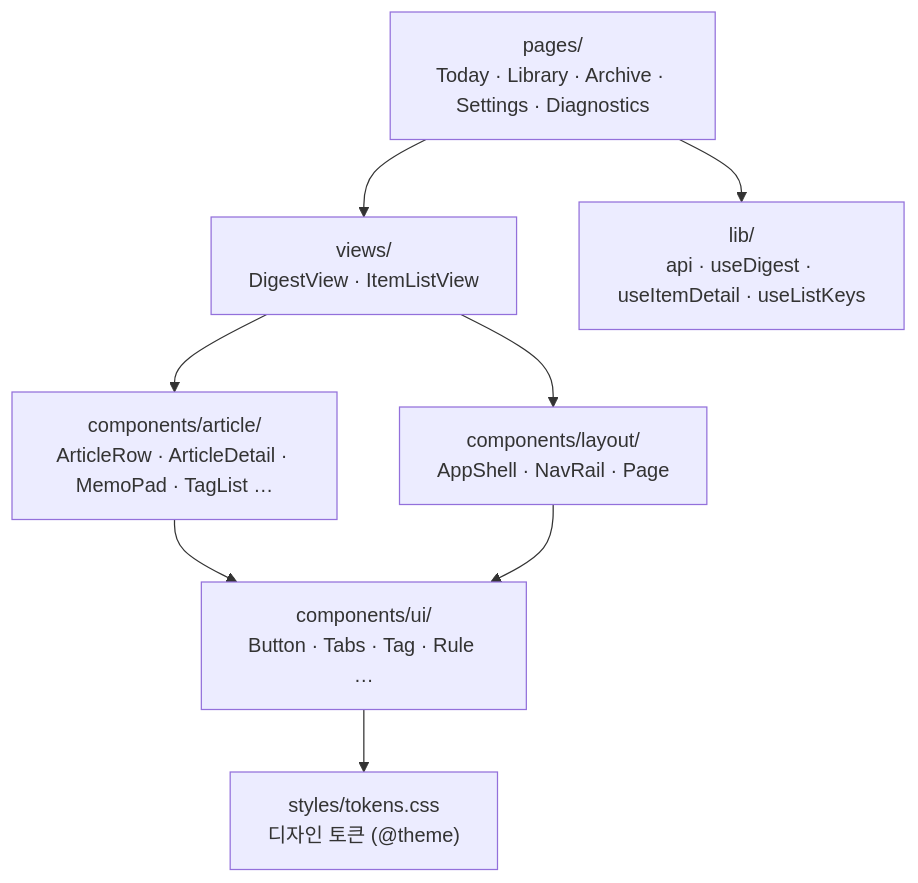
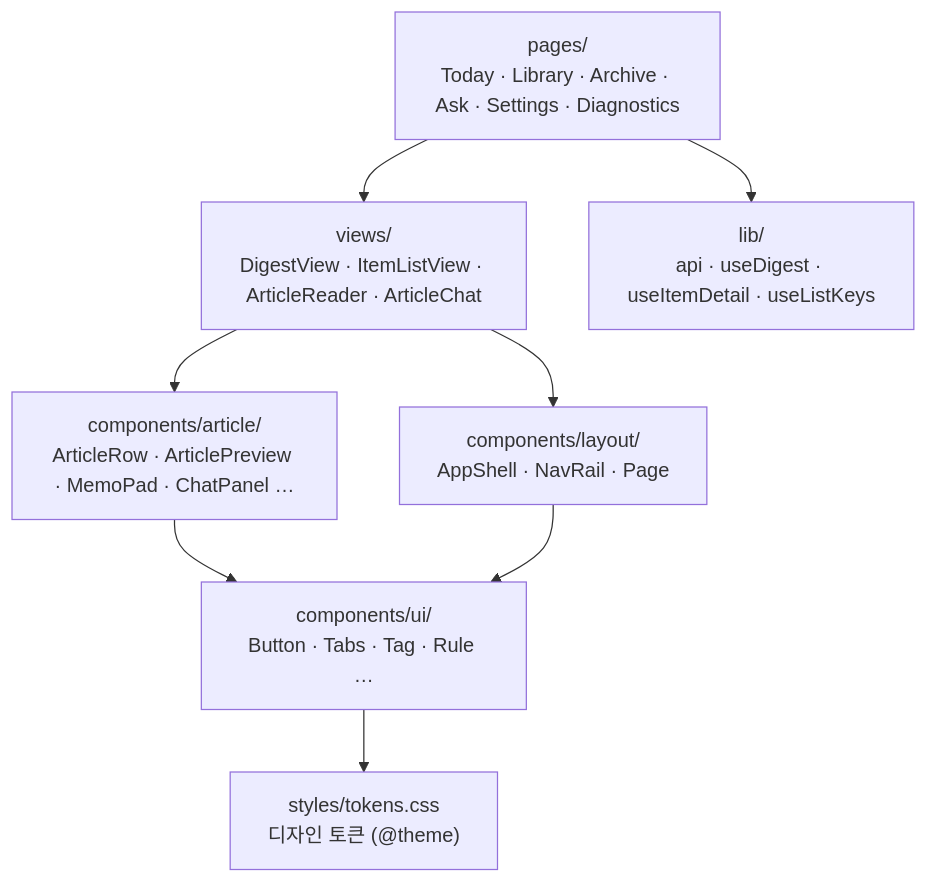
The fourth of 4 diagrams in docs/02-architecture.md (EPIGEXE/jogan-news), drawn with Mermaid before and after one commit. The commit also changed other lines of this file and 123 other files, not shown here.

````diff
--- a/docs/02-architecture.md
+++ b/docs/02-architecture.md
@@ -121,10 +126,10 @@
 ```mermaid
 flowchart TB
-  pages["pages/<br/>Today · Library · Archive · Settings · Diagnostics"] --> views["views/<br/>DigestView · ItemListView"]
-  views --> article["components/article/<br/>ArticleRow · ArticleDetail · MemoPad · TagList …"]
+  pages["pages/<br/>Today · Library · Archive · Ask · Settings · Diagnostics"] --> views["views/<br/>DigestView · ItemListView · ArticleReader · ArticleChat"]
+  views --> article["components/article/<br/>ArticleRow · ArticlePreview · MemoPad · ChatPanel …"]
   views --> layout["components/layout/<br/>AppShell · NavRail · Page"]
   article --> ui["components/ui/<br/>Button · Tabs · Tag · Rule …"]
   layout --> ui
   ui --> tokens["styles/tokens.css<br/>디자인 토큰 (@theme)"]
   pages --> lib["lib/<br/>api · useDigest · useItemDetail · useListKeys"]
 ```
````
